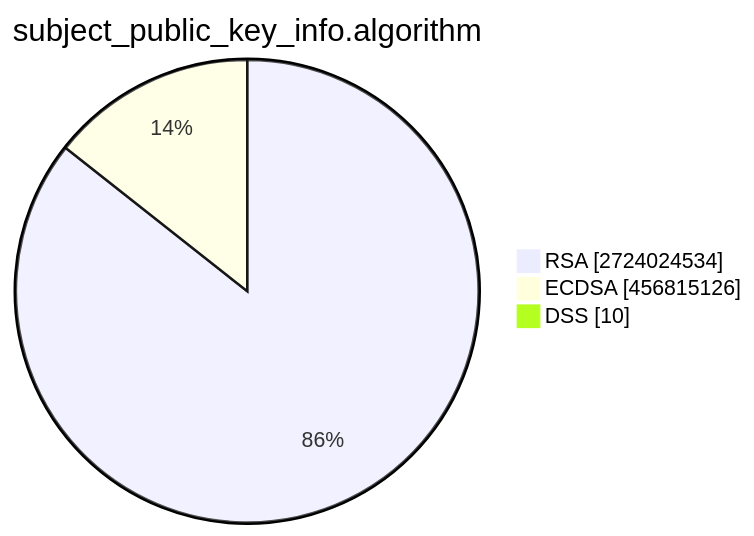
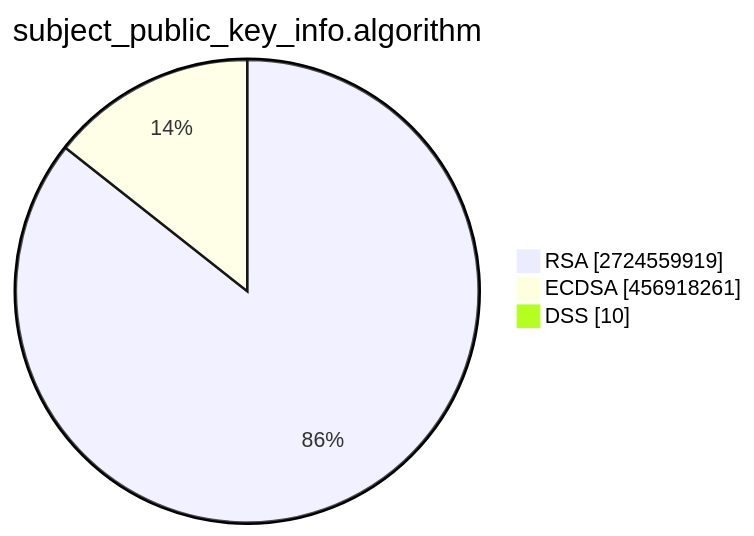
One commit to christiankrug/ctmonitor_visualization changed the second of 15 diagrams in TOTAL/README.md. Above: the diagram before and after it, drawn with Mermaid. The commit also changed other lines of this file, not shown here.

````diff
--- a/TOTAL/README.md
+++ b/TOTAL/README.md
@@ -6,7 +6,7 @@
 ```mermaid
 pie showData
 title subject_public_key_info.algorithm
-"RSA" :2724024534
-"ECDSA" :456815126
+"RSA" :2724559919
+"ECDSA" :456918261
 "DSS" :10
 ```
````
